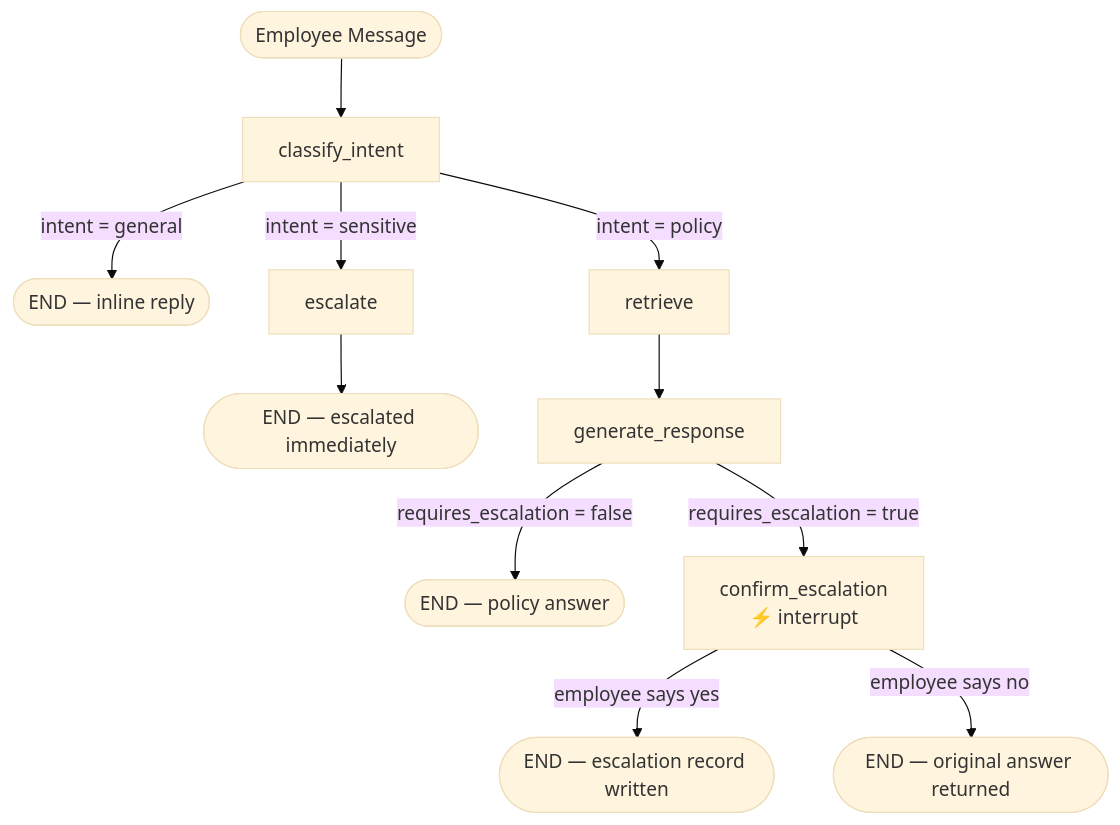
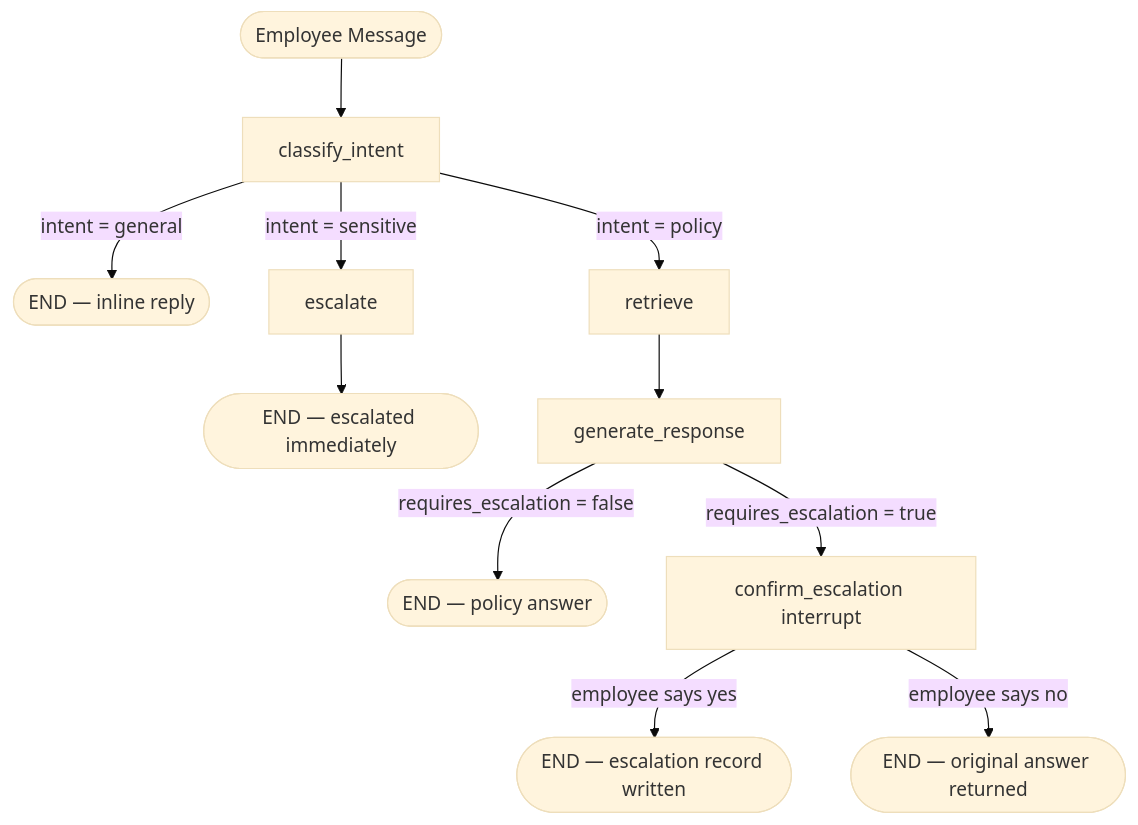
The diagram in README.md (praveen269195/Langgraph-workflow-employee-support), drawn with Mermaid (base theme) before and after one commit.

Commit message:
Update README.md for the flow

````diff
--- a/README.md
+++ b/README.md
@@ -68,18 +68,18 @@
 ```mermaid
 flowchart TD
     Start([Employee Message]) --> CI[classify_intent]
 
     CI -->|intent = general| END1([END — inline reply])
     CI -->|intent = sensitive| ESC[escalate]
     CI -->|intent = policy| RET[retrieve]
 
     ESC --> END2([END — escalated immediately])
 
     RET --> GEN[generate_response]
 
     GEN -->|requires_escalation = false| END3([END — policy answer])
-    GEN -->|requires_escalation = true| CONF[confirm_escalation\n⚡ interrupt]
+    GEN -->|requires_escalation = true| CONF[confirm_escalation interrupt]
 
     CONF -->|employee says yes| END4([END — escalation record written])
     CONF -->|employee says no| END5([END — original answer returned])
 ```
````
